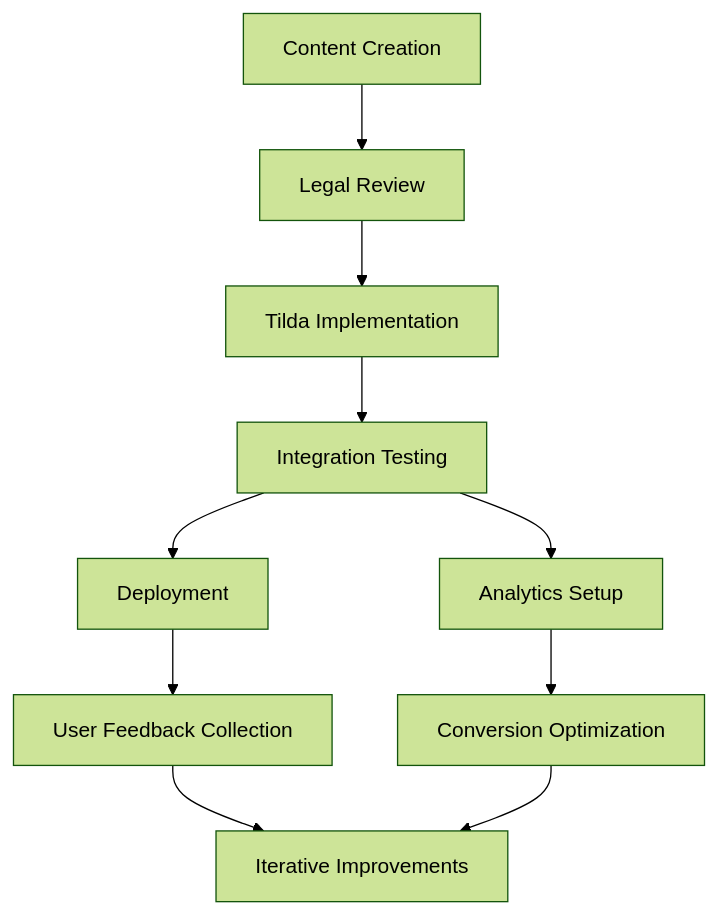
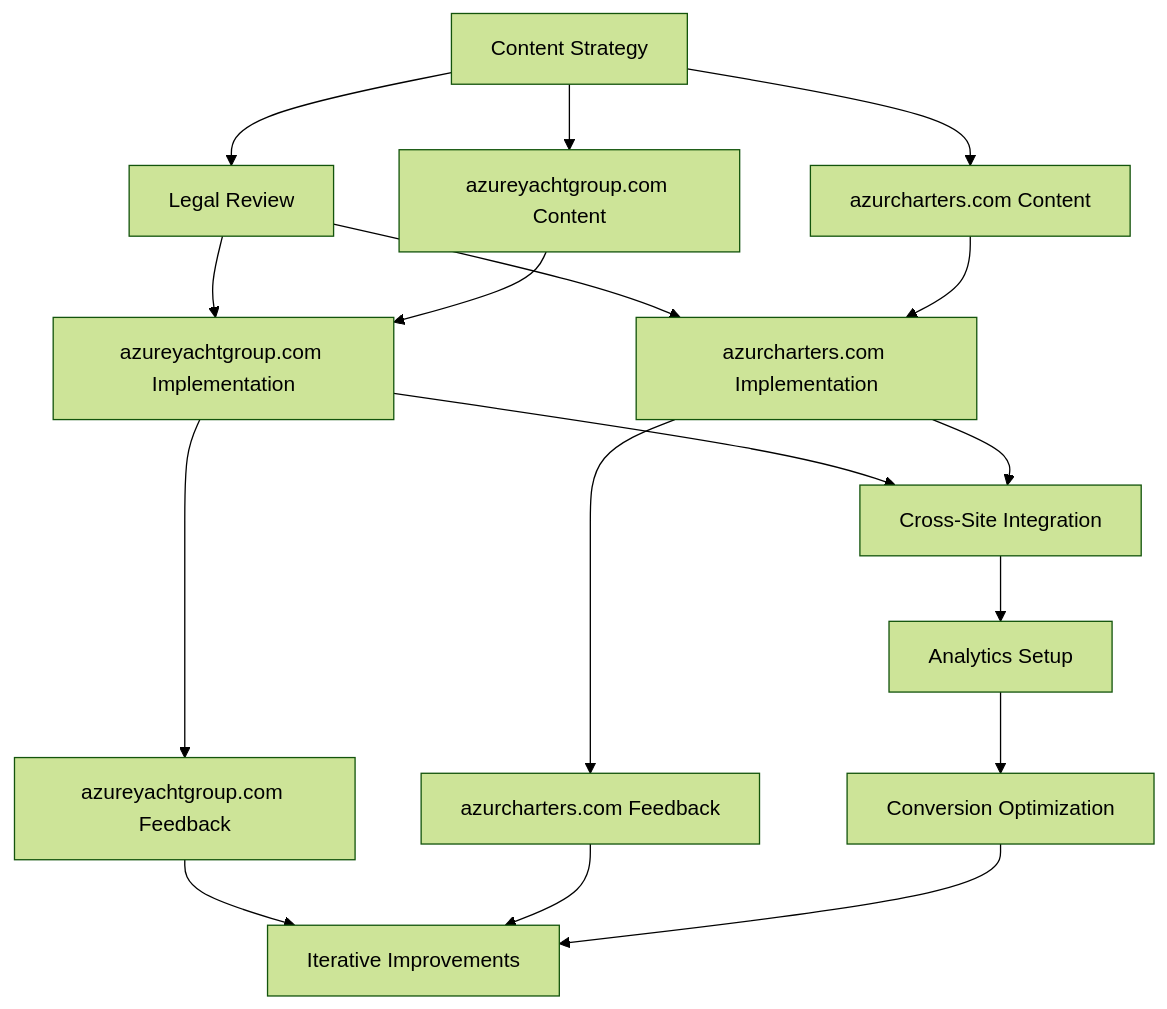
One commit to szemkoff/azurecharters changed the second of 2 diagrams in docs/PROJECT_PLAN.md. Above: the diagram before and after it, drawn with Mermaid (forest theme). The commit also changed other lines of this file and 2 other files, not shown here.

Commit message:
Update documentation to reflect Tilda API integration fix and revised implementation priorities

````diff
--- a/docs/PROJECT_PLAN.md
+++ b/docs/PROJECT_PLAN.md
@@ -155,12 +180,19 @@
 ```mermaid
 flowchart TD
-    A[Content Creation] --> B[Legal Review]
-    B --> C[Tilda Implementation]
-    C --> D[Integration Testing]
-    D --> E[Deployment]
-    D --> F[Analytics Setup]
+    A[Content Strategy] --> B[Legal Review]
+    A --> C1[azureyachtgroup.com Content]
+    A --> C2[azurcharters.com Content]
+    B --> D1[azureyachtgroup.com Implementation]
+    B --> D2[azurcharters.com Implementation]
+    C1 --> D1
+    C2 --> D2
+    D1 --> E[Cross-Site Integration]
+    D2 --> E
+    E --> F[Analytics Setup]
     F --> G[Conversion Optimization]
-    E --> H[User Feedback Collection]
-    H --> I[Iterative Improvements]
+    D1 --> H1[azureyachtgroup.com Feedback]
+    D2 --> H2[azurcharters.com Feedback]
+    H1 --> I[Iterative Improvements]
+    H2 --> I
     G --> I
 ```
````
